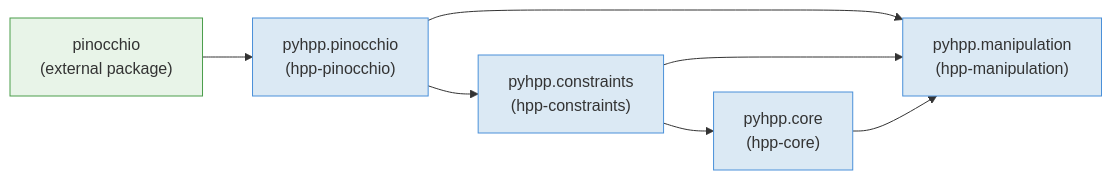
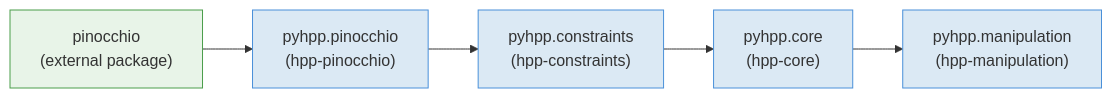
Before and after one commit to humanoid-path-planner/hpp-python: the diagram in README.md, drawn with Mermaid. The commit also changed other lines of this file, not shown here.

````diff
--- a/README.md
+++ b/README.md
@@ -87,21 +34,19 @@
 ```mermaid
 flowchart LR
     pin["pyhpp.pinocchio\n(hpp-pinocchio)"]
     cons["pyhpp.constraints\n(hpp-constraints)"]
     core["pyhpp.core\n(hpp-core)"]
     manip["pyhpp.manipulation\n(hpp-manipulation)"]
     ext["pinocchio\n(external package)"]
 
     ext --> pin
     pin --> cons
     cons --> core
-    pin --> manip
-    cons --> manip
     core --> manip
 
     style pin fill:#dbe9f4,stroke:#4a90d9
     style cons fill:#dbe9f4,stroke:#4a90d9
     style core fill:#dbe9f4,stroke:#4a90d9
     style manip fill:#dbe9f4,stroke:#4a90d9
     style ext fill:#e8f4e8,stroke:#4a9d4a
 ```
````
